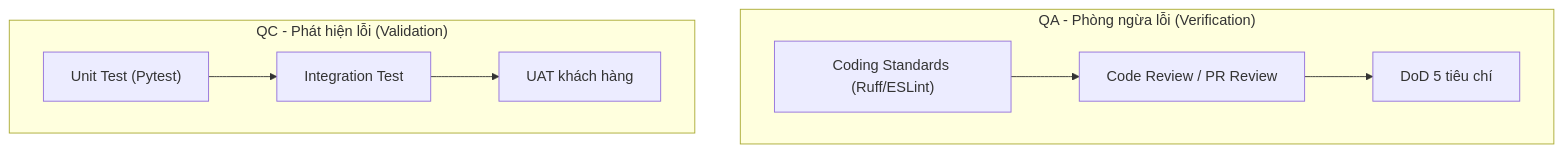
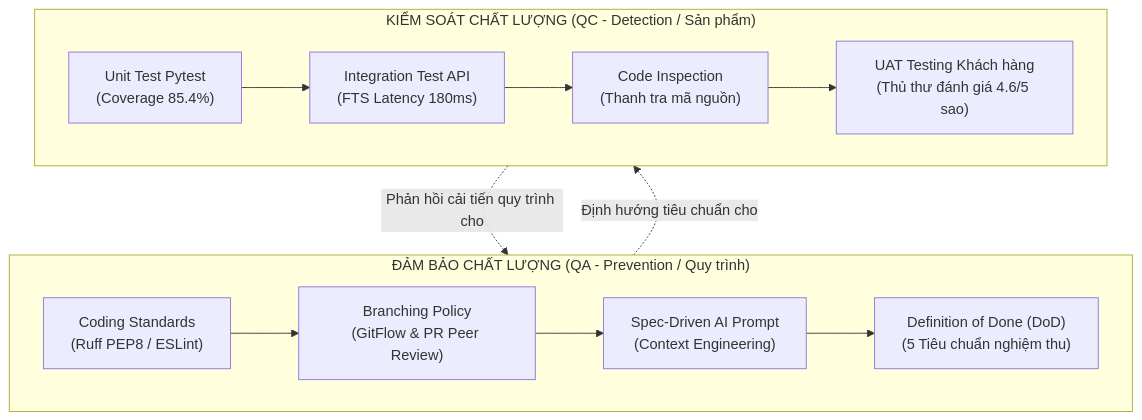
One commit to se-bros/hcmus-projectmanage--lab changed the fourth of 5 diagrams in final-exam/preparation/6_Team_Monitoring_Risk_Lessons/README.md. Above: the diagram before and after it, drawn with Mermaid. The commit also changed other lines of this file, not shown here.

````diff
--- a/final-exam/preparation/6_Team_Monitoring_Risk_Lessons/README.md
+++ b/final-exam/preparation/6_Team_Monitoring_Risk_Lessons/README.md
@@ -257,12 +419,17 @@
 ```mermaid
 flowchart TD
-    %% Tự hoàn thiện sơ đồ QA/QC
-    subgraph QA["QA - Phòng ngừa lỗi (Verification)"]
-        QA1["Coding Standards (Ruff/ESLint)"] --> QA2["Code Review / PR Review"]
-        QA2 --> QA3["DoD 5 tiêu chí"]
+    subgraph QA["ĐẢM BẢO CHẤT LƯỢNG (QA - Prevention / Quy trình)"]
+        QA1["Coding Standards<br>(Ruff PEP8 / ESLint)"] --> QA2["Branching Policy<br>(GitFlow & PR Peer Review)"]
+        QA2 --> QA3["Spec-Driven AI Prompt<br>(Context Engineering)"]
+        QA3 --> QA4["Definition of Done (DoD)<br>(5 Tiêu chuẩn nghiệm thu)"]
     end
-    subgraph QC["QC - Phát hiện lỗi (Validation)"]
-        QC1["Unit Test (Pytest)"] --> QC2["Integration Test"]
-        QC2 --> QC3["UAT khách hàng"]
+
+    subgraph QC["KIỂM SOÁT CHẤT LƯỢNG (QC - Detection / Sản phẩm)"]
+        QC1["Unit Test Pytest<br>(Coverage 85.4%)"] --> QC2["Integration Test API<br>(FTS Latency 180ms)"]
+        QC2 --> QC3["Code Inspection<br>(Thanh tra mã nguồn)"]
+        QC3 --> QC4["UAT Testing Khách hàng<br>(Thủ thư đánh giá 4.6/5 sao)"]
     end
+
+    QA -.->|Định hướng tiêu chuẩn cho| QC
+    QC -.->|Phản hồi cải tiến quy trình cho| QA
 ```
````
